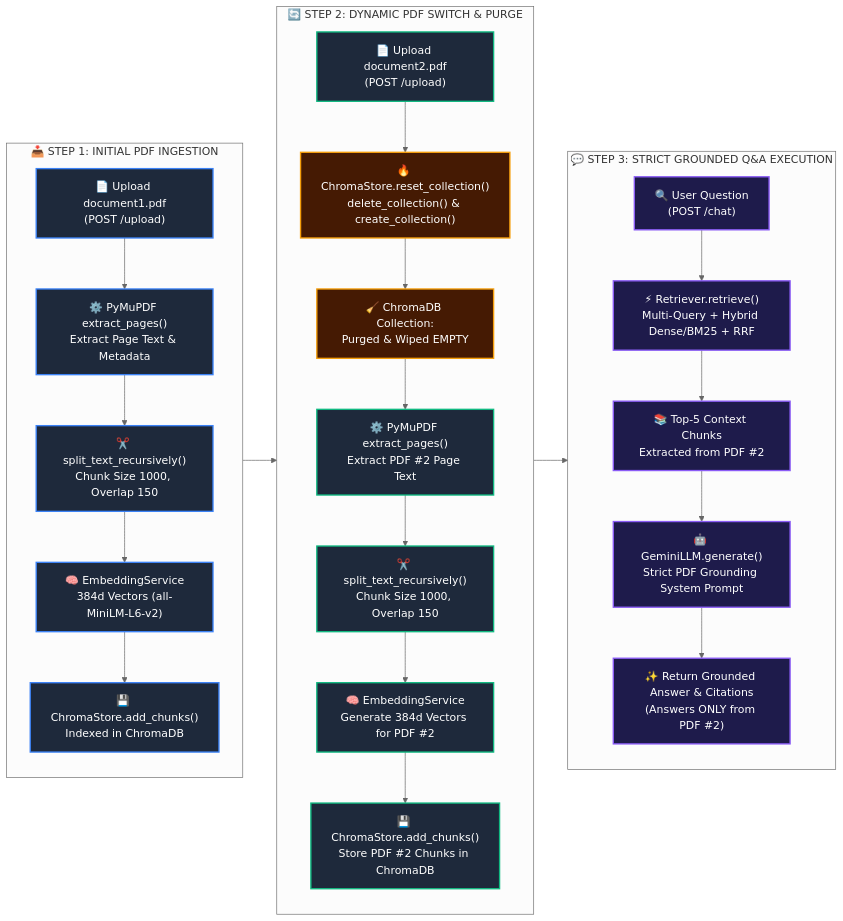
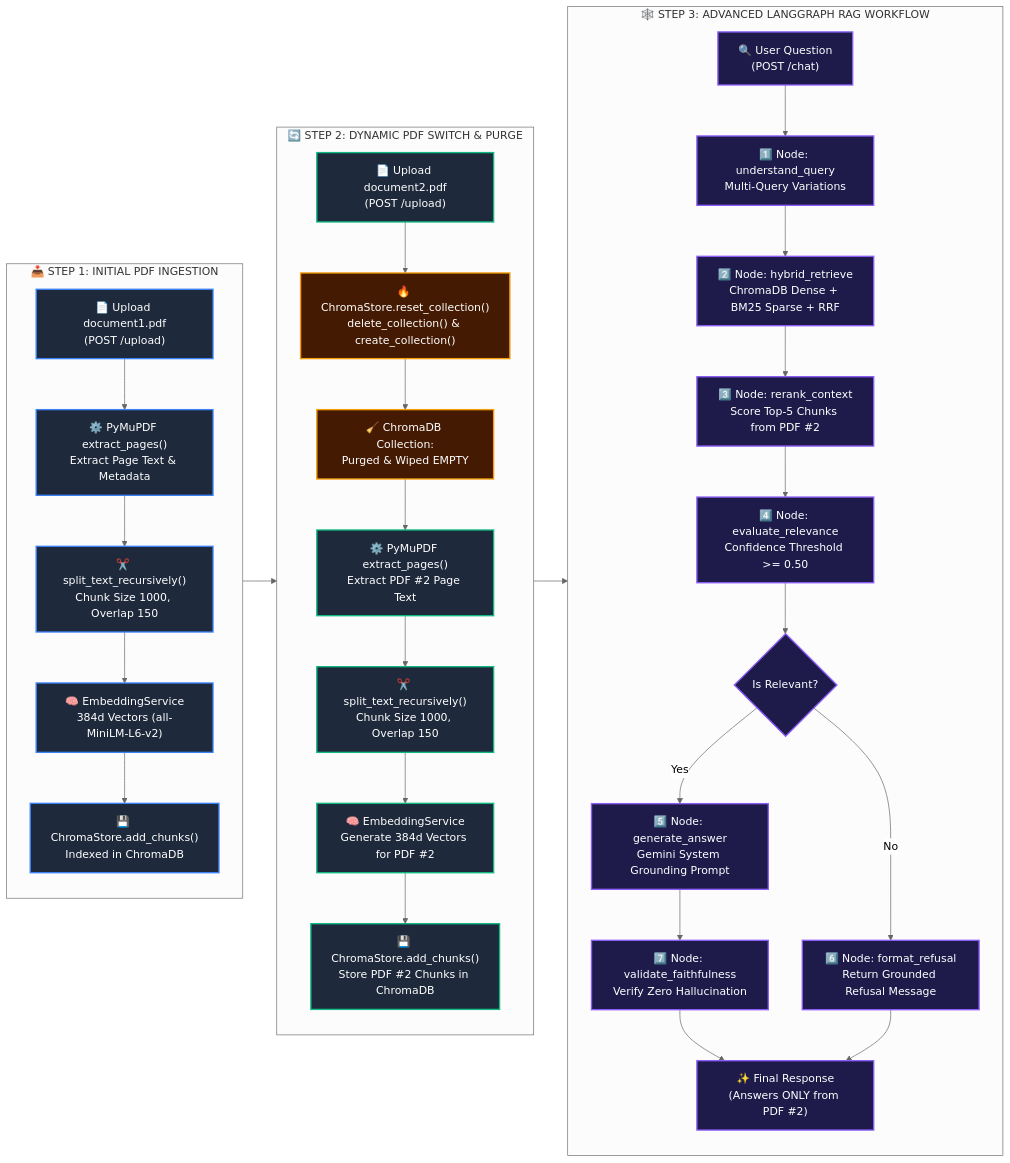
The diagram in README.md (Agastin03/RAG), drawn with Mermaid (neutral theme) before and after one commit. The commit also changed other lines of this file, not shown here.

Commit message:
update readme with unified horizontal system & langgraph workflow diagram

````diff
--- a/README.md
+++ b/README.md
@@ -18,33 +18,39 @@
 ```mermaid
 flowchart LR
     classDef pdf1 fill:#1e293b,stroke:#3b82f6,stroke-width:2px,color:#fff
     classDef pdf2 fill:#1e293b,stroke:#10b981,stroke-width:2px,color:#fff
     classDef purge fill:#451a03,stroke:#f59e0b,stroke-width:2px,color:#fff
     classDef chat fill:#1e1b4b,stroke:#8b5cf6,stroke-width:2px,color:#fff
 
     subgraph Step1 ["📥 STEP 1: INITIAL PDF INGESTION"]
         A1["📄 Upload document1.pdf<br/>(POST /upload)"]:::pdf1 --> A2["⚙️ PyMuPDF extract_pages()<br/>Extract Page Text & Metadata"]:::pdf1
         A2 --> A3["✂️ split_text_recursively()<br/>Chunk Size 1000, Overlap 150"]:::pdf1
         A3 --> A4["🧠 EmbeddingService<br/>384d Vectors (all-MiniLM-L6-v2)"]:::pdf1
         A4 --> A5["💾 ChromaStore.add_chunks()<br/>Indexed in ChromaDB"]:::pdf1
     end
 
     subgraph Step2 ["🔄 STEP 2: DYNAMIC PDF SWITCH & PURGE"]
         B1["📄 Upload document2.pdf<br/>(POST /upload)"]:::pdf2 --> B2["🔥 ChromaStore.reset_collection()<br/>delete_collection() & create_collection()"]:::purge
         B2 --> B3["🧹 ChromaDB Collection:<br/>Purged & Wiped EMPTY"]:::purge
         B3 --> B4["⚙️ PyMuPDF extract_pages()<br/>Extract PDF #2 Page Text"]:::pdf2
         B4 --> B5["✂️ split_text_recursively()<br/>Chunk Size 1000, Overlap 150"]:::pdf2
         B5 --> B6["🧠 EmbeddingService<br/>Generate 384d Vectors for PDF #2"]:::pdf2
         B6 --> B7["💾 ChromaStore.add_chunks()<br/>Store PDF #2 Chunks in ChromaDB"]:::pdf2
     end
 
-    subgraph Step3 ["💬 STEP 3: STRICT GROUNDED Q&A EXECUTION"]
-        C1["🔍 User Question<br/>(POST /chat)"]:::chat --> C2["⚡ Retriever.retrieve()<br/>Multi-Query + Hybrid Dense/BM25 + RRF"]:::chat
-        C2 --> C3["📚 Top-5 Context Chunks<br/>Extracted from PDF #2"]:::chat
-        C3 --> C4["🤖 GeminiLLM.generate()<br/>Strict PDF Grounding System Prompt"]:::chat
-        C4 --> C5["✨ Return Grounded Answer & Citations<br/>(Answers ONLY from PDF #2)"]:::chat
+    subgraph Step3 ["🕸️ STEP 3: ADVANCED LANGGRAPH RAG WORKFLOW"]
+        C1["🔍 User Question<br/>(POST /chat)"]:::chat --> N1["1️⃣ Node: understand_query<br/>Multi-Query Variations"]:::chat
+        N1 --> N2["2️⃣ Node: hybrid_retrieve<br/>ChromaDB Dense + BM25 Sparse + RRF"]:::chat
+        N2 --> N3["3️⃣ Node: rerank_context<br/>Score Top-5 Chunks from PDF #2"]:::chat
+        N3 --> N4["4️⃣ Node: evaluate_relevance<br/>Confidence Threshold >= 0.50"]:::chat
+        N4 --> COND{"Is Relevant?"}:::chat
+        COND -->|Yes| N5["5️⃣ Node: generate_answer<br/>Gemini System Grounding Prompt"]:::chat
+        COND -->|No| N6["6️⃣ Node: format_refusal<br/>Return Grounded Refusal Message"]:::chat
+        N5 --> N7["7️⃣ Node: validate_faithfulness<br/>Verify Zero Hallucination"]:::chat
+        N7 --> OUT["✨ Final Response<br/>(Answers ONLY from PDF #2)"]:::chat
+        N6 --> OUT
     end
 
     Step1 --> Step2
     Step2 --> Step3
 ```
````
